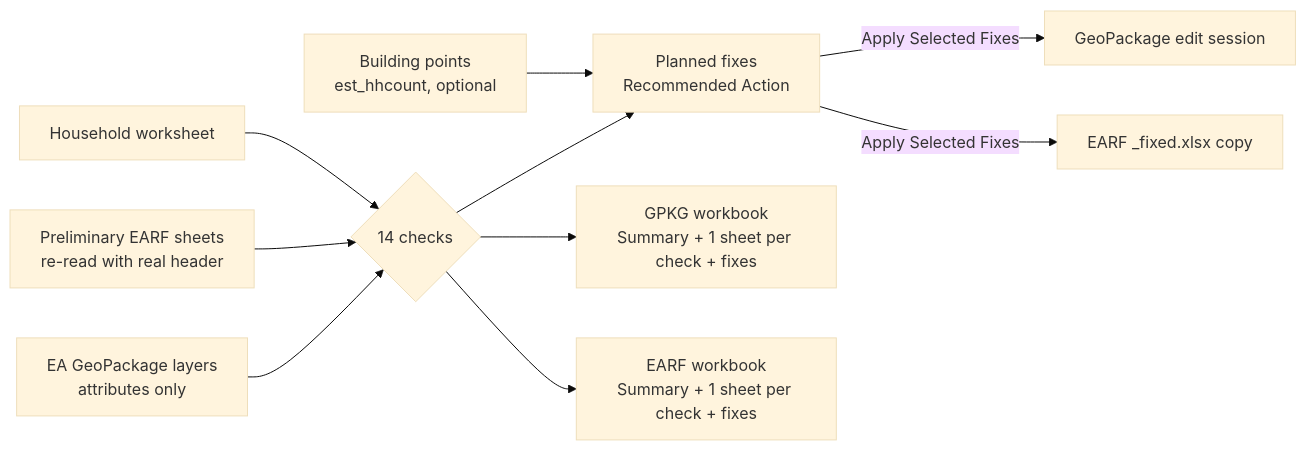
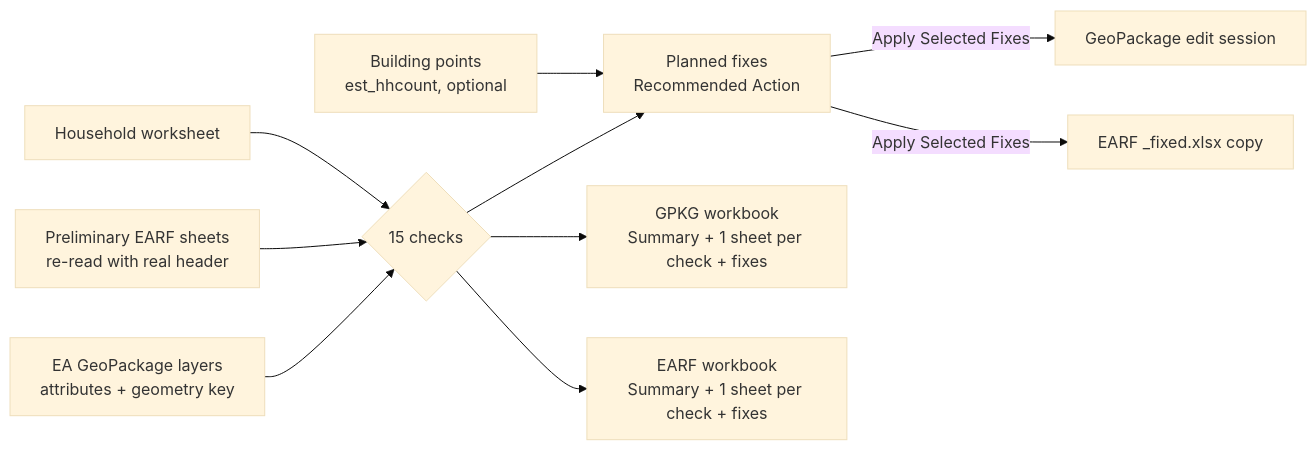
Before and after one commit to GMD-Repository/GMD_COProcessing: the diagram in docs/tools/test_earf_inconsistency.md, drawn with Mermaid (base theme). The commit also changed other lines of this file and 1 other file, not shown here.

````diff
--- a/docs/tools/test_earf_inconsistency.md
+++ b/docs/tools/test_earf_inconsistency.md
@@ -43,12 +43,12 @@
 ```mermaid
 flowchart LR
-  G[EA GeoPackage layers<br/>attributes only] --> C{14 checks}
+  G[EA GeoPackage layers<br/>attributes + geometry key] --> C{15 checks}
   E[Preliminary EARF sheets<br/>re-read with real header] --> C
   H[Household worksheet] --> C
   C --> P[Planned fixes<br/>Recommended Action]
   B[Building points<br/>est_hhcount, optional] --> P
   P -->|Apply Selected Fixes| GE[GeoPackage edit session]
   P -->|Apply Selected Fixes| EF["EARF _fixed.xlsx copy"]
   C --> W1["GPKG workbook<br/>Summary + 1 sheet per check + fixes"]
   C --> W2["EARF workbook<br/>Summary + 1 sheet per check + fixes"]
 ```
````
